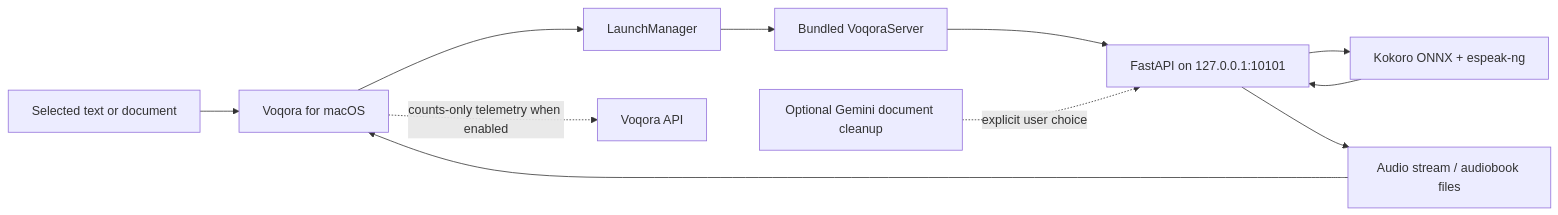
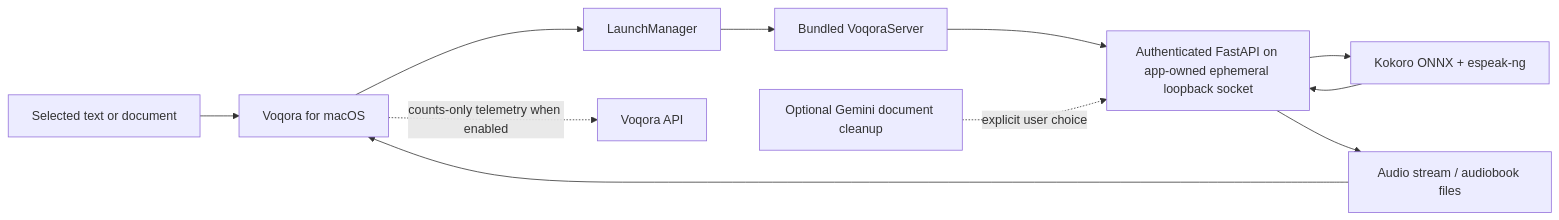
The diagram in docs/architecture.md (himudigonda/Voqora), drawn with Mermaid before and after one commit. The commit also changed other lines of this file and 86 other files, not shown here.

````diff
--- a/docs/architecture.md
+++ b/docs/architecture.md
@@ -9,13 +9,13 @@
 ```mermaid
 flowchart LR
     U["Selected text or document"] --> M["Voqora for macOS"]
     M --> L["LaunchManager"]
     L --> S["Bundled VoqoraServer"]
-    S --> A["FastAPI on 127.0.0.1:10101"]
+    S --> A["Authenticated FastAPI on app-owned ephemeral loopback socket"]
     A --> T["Kokoro ONNX + espeak-ng"]
     T --> A
     A --> P["Audio stream / audiobook files"]
     P --> M
     O["Optional Gemini document cleanup"] -. explicit user choice .-> A
     M -. counts-only telemetry when enabled .-> H["Voqora API"]
 ```
````
